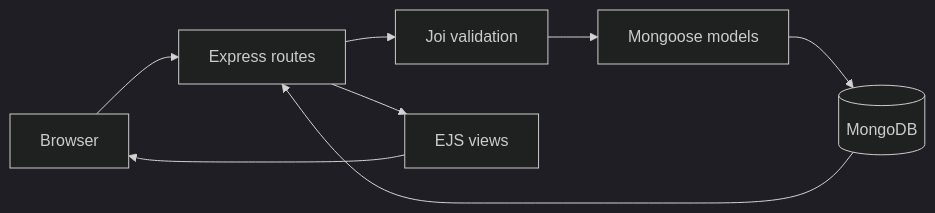
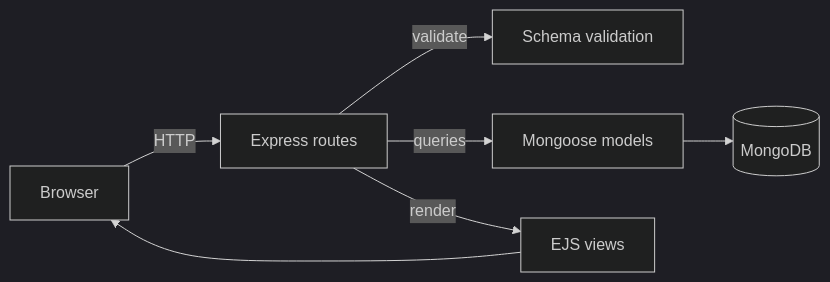
The first of 2 diagrams in README.md (pranjalpanwar81/Wanderlust), drawn with Mermaid (dark theme) before and after one commit. The commit also changed other lines of this file, not shown here.

````diff
--- a/README.md
+++ b/README.md
@@ -36,10 +37,9 @@
 ```mermaid
 flowchart LR
-    U[Browser] --> E[Express routes]
-    E --> V[Joi validation]
-    V --> M[Mongoose models]
-    M --> D[(MongoDB)]
-    D --> E
-    E --> T[EJS views]
-    T --> U
+    Browser -->|HTTP| Express[Express routes]
+    Express -->|validate| Joi[Schema validation]
+    Express -->|queries| Mongoose[Mongoose models]
+    Mongoose --> Mongo[(MongoDB)]
+    Express -->|render| Views[EJS views]
+    Views --> Browser
 ```
````
